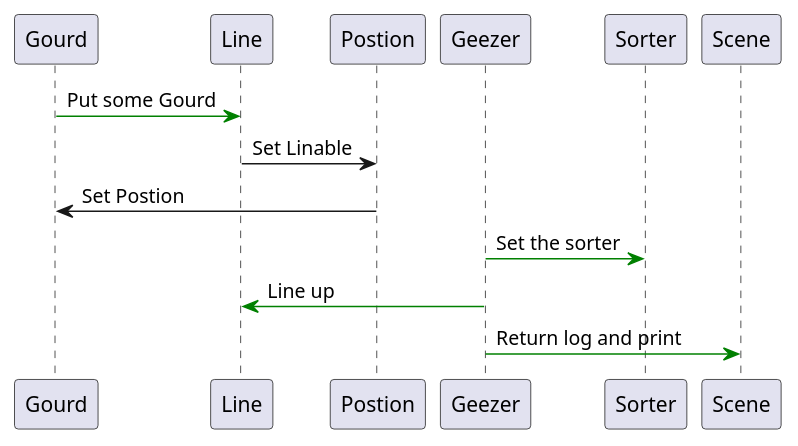
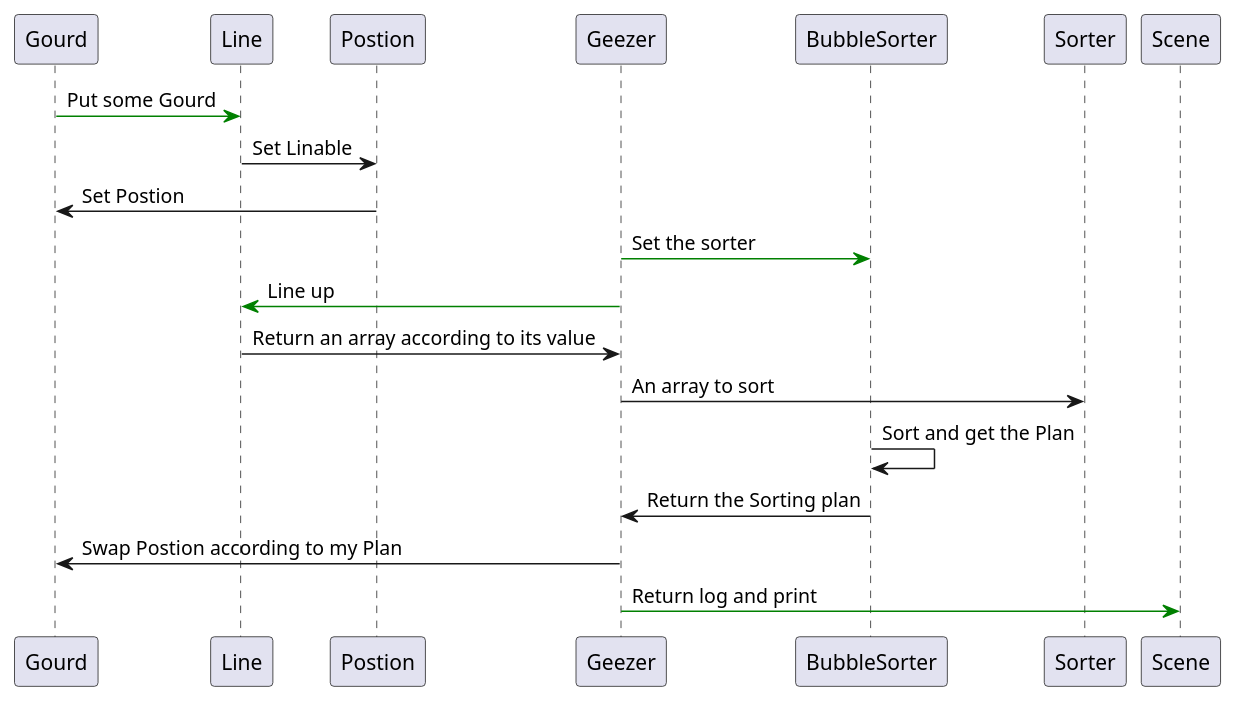
One commit to jwork-2021-attic/jw02-saul-worseman changed the diagram in S191220072/uml/timeline.pu. Above: the diagram before and after it, drawn with PlantUML. The commit also changed 4 other files, not shown here.

```diff
--- a/S191220072/uml/timeline.pu
+++ b/S191220072/uml/timeline.pu
@@ -1,15 +1,27 @@
 @startuml
 
 Gourd -[#green]> Line : Put some Gourd
 
 Line -> Postion : Set Linable
 
 Postion -> Gourd : Set Postion
 
-Geezer -[#green]> Sorter : Set the sorter
+Geezer -[#green]> BubbleSorter : Set the sorter
 
 Geezer -[#green]> Line : Line up
+
+Line -> Geezer : Return an array according to its value
+
+Geezer -> Sorter : An array to sort
+
+BubbleSorter -> BubbleSorter : Sort and get the Plan
+
+BubbleSorter -> Geezer : Return the Sorting plan
+
+Geezer -> Gourd : Swap Postion according to my Plan
+
+
 
 Geezer -[#green]> Scene : Return log and print
 
 @enduml
```
